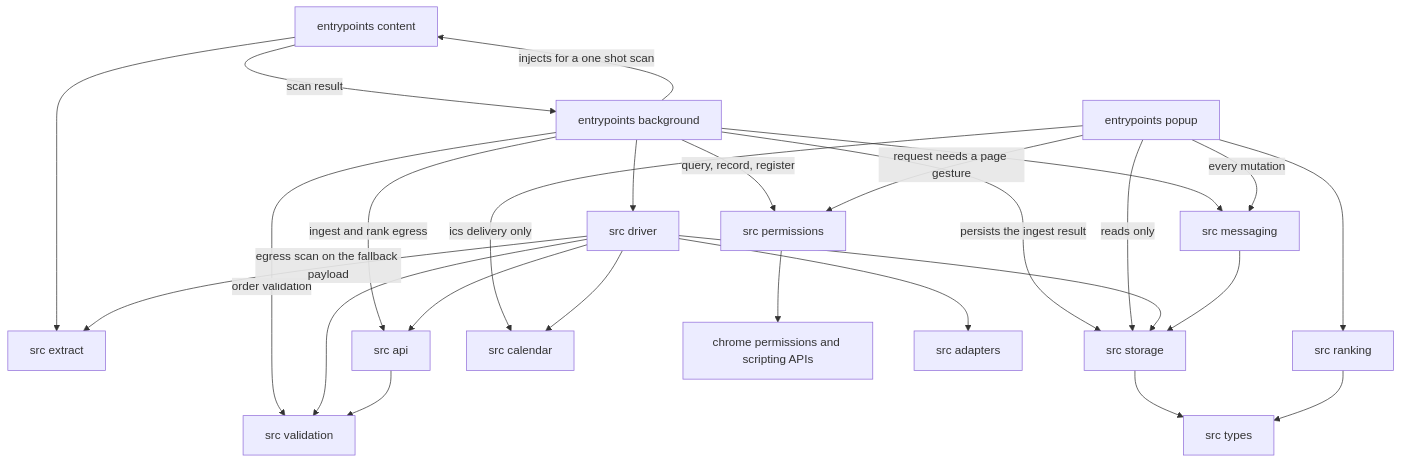
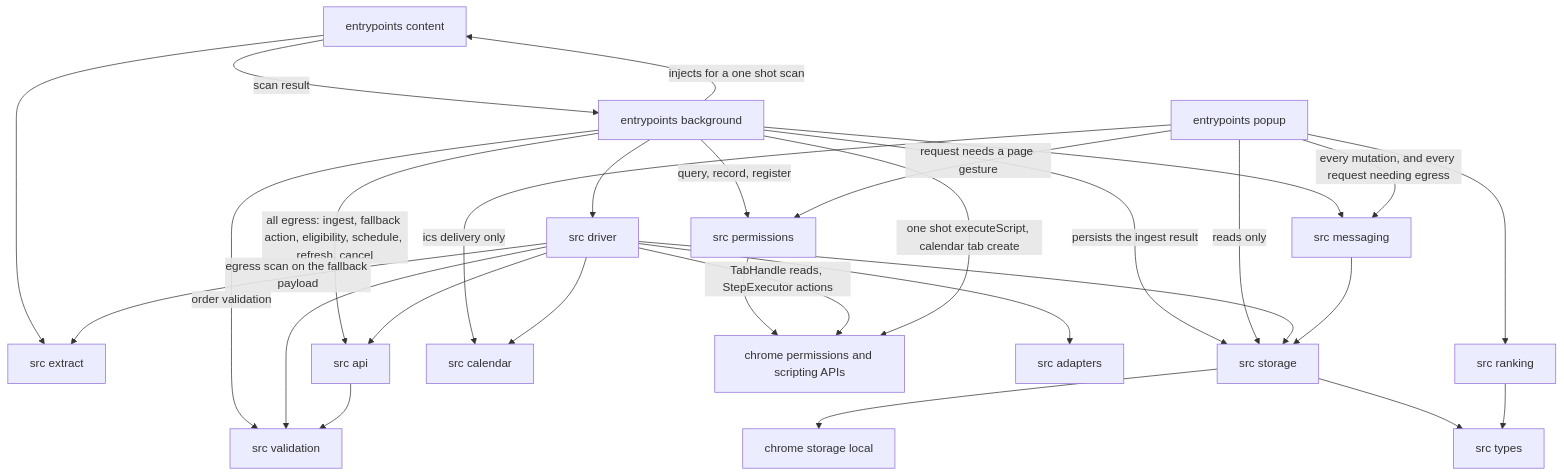
The second of 16 diagrams in design/boomerang-low-level-design.md (jacklvd/boomerang), drawn with Mermaid before and after one commit. The commit also changed other lines of this file and 4 other files, not shown here.

````diff
--- a/design/boomerang-low-level-design.md
+++ b/design/boomerang-low-level-design.md
@@ -162,28 +208,31 @@
 ```mermaid
 flowchart TD
     CS["entrypoints content"] --> EXTRACT["src extract"]
     CS -- "scan result" --> BG["entrypoints background"]
     BG -- "injects for a one shot scan" --> CS
     BG --> DRIVER["src driver"]
     BG --> MSG["src messaging"]
-    BG -- "ingest and rank egress" --> API
+    BG -- "all egress: ingest, fallback action, eligibility, schedule, refresh, cancel" --> API
     BG -- "order validation" --> VALID
     BG -- "persists the ingest result" --> STORE
     BG -- "query, record, register" --> PERM["src permissions"]
-    POPUP["entrypoints popup"] -- "every mutation" --> MSG
+    POPUP["entrypoints popup"] -- "every mutation, and every request needing egress" --> MSG
     POPUP -- "reads only" --> STORE
     POPUP -- "request needs a page gesture" --> PERM
     POPUP --> RANK["src ranking"]
     POPUP -- "ics delivery only" --> CAL["src calendar"]
     PERM --> CHROME["chrome permissions and scripting APIs"]
+    DRIVER -- "TabHandle reads, StepExecutor actions" --> CHROME
+    BG -- "one shot executeScript, calendar tab create" --> CHROME
+    STORE --> CSTORE["chrome storage local"]
     DRIVER --> VALID["src validation"]
     DRIVER --> ADAPT["src adapters"]
     DRIVER --> API["src api"]
     DRIVER --> CAL
     DRIVER --> STORE["src storage"]
     DRIVER -- "egress scan on the fallback payload" --> EXTRACT
     MSG --> STORE
     API --> VALID
     STORE --> TYPES["src types"]
     RANK --> TYPES
 ```
````
